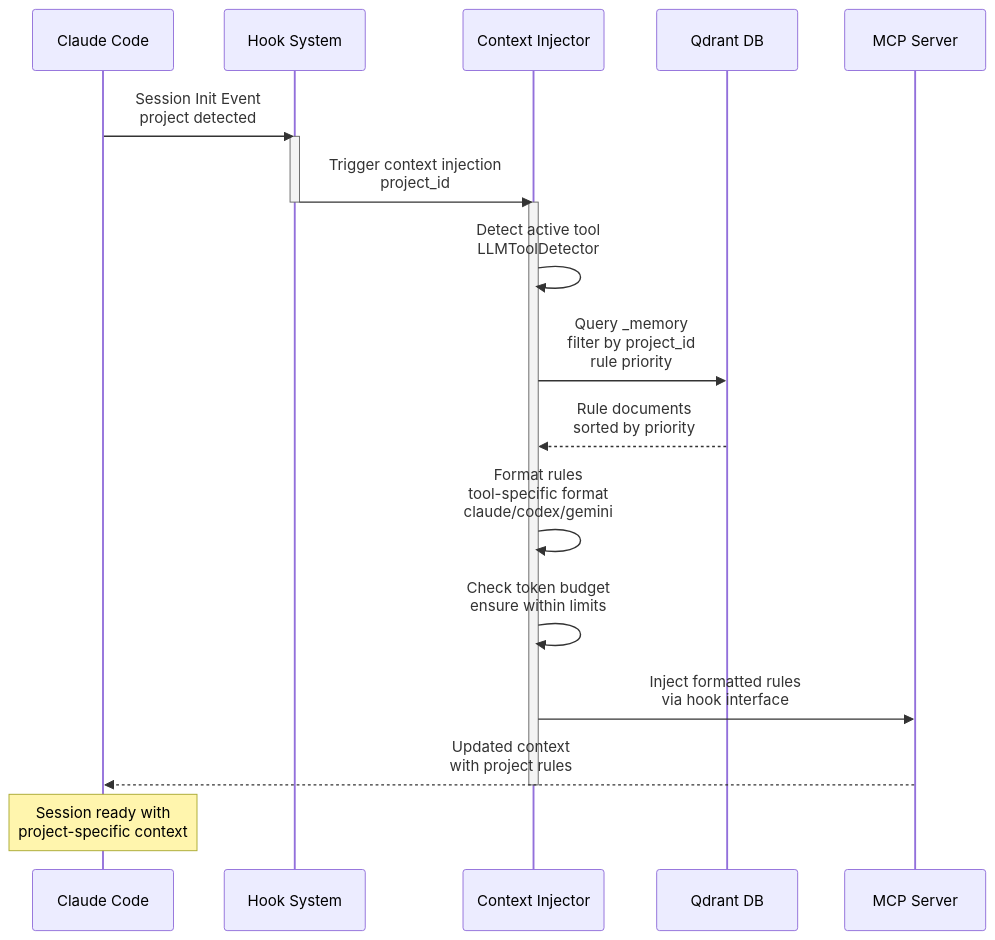
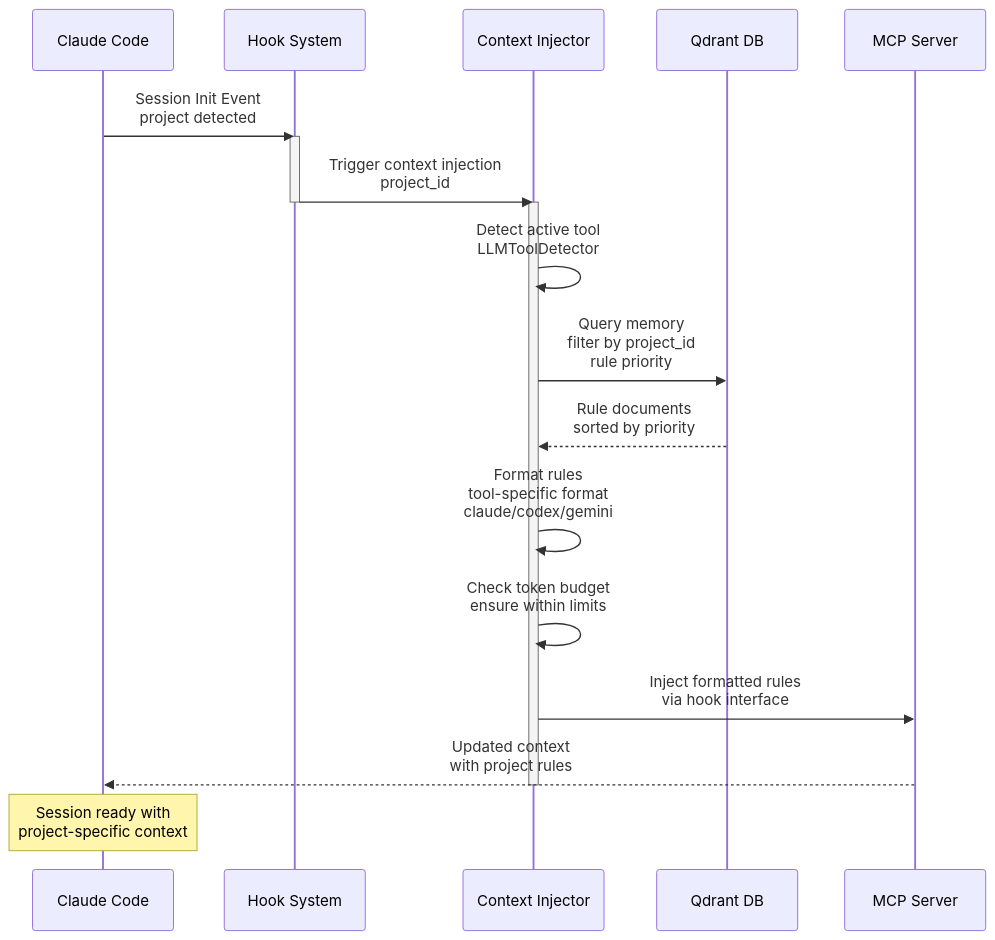
One commit to ChrisGVE/workspace-qdrant-mcp changed diagram 13 of 13 in docs/ARCHITECTURE.md. Above: the diagram before and after it, drawn with Mermaid. The commit also changed other lines of this file and 1 other file, not shown here.

First line of the commit message:
docs: consolidate documentation and align with canonical architecture

````diff
--- a/docs/ARCHITECTURE.md
+++ b/docs/ARCHITECTURE.md
@@ -798,30 +797,30 @@
 ```mermaid
 sequenceDiagram
     participant Claude as Claude Code
     participant Hook as Hook System
     participant CI as Context Injector
     participant Qdrant as Qdrant DB
     participant MCP as MCP Server
 
     Claude->>Hook: Session Init Event<br/>project detected
 
     activate Hook
     Hook->>CI: Trigger context injection<br/>project_id
     deactivate Hook
 
     activate CI
     CI->>CI: Detect active tool<br/>LLMToolDetector
 
-    CI->>Qdrant: Query _memory<br/>filter by project_id<br/>rule priority
+    CI->>Qdrant: Query memory<br/>filter by project_id<br/>rule priority
     Qdrant-->>CI: Rule documents<br/>sorted by priority
 
     CI->>CI: Format rules<br/>tool-specific format<br/>claude/codex/gemini
 
     CI->>CI: Check token budget<br/>ensure within limits
 
     CI->>MCP: Inject formatted rules<br/>via hook interface
     MCP-->>Claude: Updated context<br/>with project rules
     deactivate CI
 
     Note over Claude: Session ready with<br/>project-specific context
 ```
````
